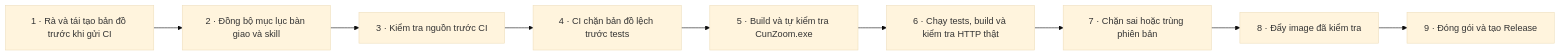
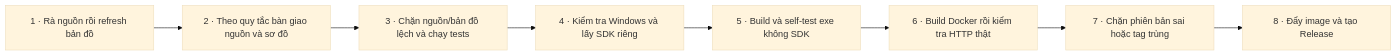
The fourth of 22 diagrams in docs/WORKFLOW.md (Thequancute215-sys/cun-zoom), drawn with Mermaid (base theme) before and after one commit. The commit also changed other lines of this file and 33 other files, not shown here.

Commit message:
Add account OTP and one-time license flow with deployment handover

````diff
--- a/docs/WORKFLOW.md
+++ b/docs/WORKFLOW.md
@@ -68,20 +98,18 @@
 ```mermaid
 flowchart LR
-  s1["1 · Rà và tái tạo bản đồ trước khi gửi CI"]
-  s2["2 · Đồng bộ mục lục bàn giao và skill"]
+  s1["1 · Rà nguồn rồi refresh bản đồ"]
+  s2["2 · Theo quy tắc bàn giao nguồn và sơ đồ"]
   s1 --> s2
-  s3["3 · Kiểm tra nguồn trước CI"]
+  s3["3 · Chặn nguồn/bản đồ lệch và chạy tests"]
   s2 --> s3
-  s4["4 · CI chặn bản đồ lệch trước tests"]
+  s4["4 · Kiểm tra Windows và lấy SDK riêng"]
   s3 --> s4
-  s5["5 · Build và tự kiểm tra CunZoom.exe"]
+  s5["5 · Build và self-test exe không SDK"]
   s4 --> s5
-  s6["6 · Chạy tests, build và kiểm tra HTTP thật"]
+  s6["6 · Build Docker rồi kiểm tra HTTP thật"]
   s5 --> s6
-  s7["7 · Chặn sai hoặc trùng phiên bản"]
+  s7["7 · Chặn phiên bản sai hoặc tag trùng"]
   s6 --> s7
-  s8["8 · Đẩy image đã kiểm tra"]
+  s8["8 · Đẩy image và tạo Release"]
   s7 --> s8
-  s9["9 · Đóng gói và tạo Release"]
-  s8 --> s9
 ```
````
